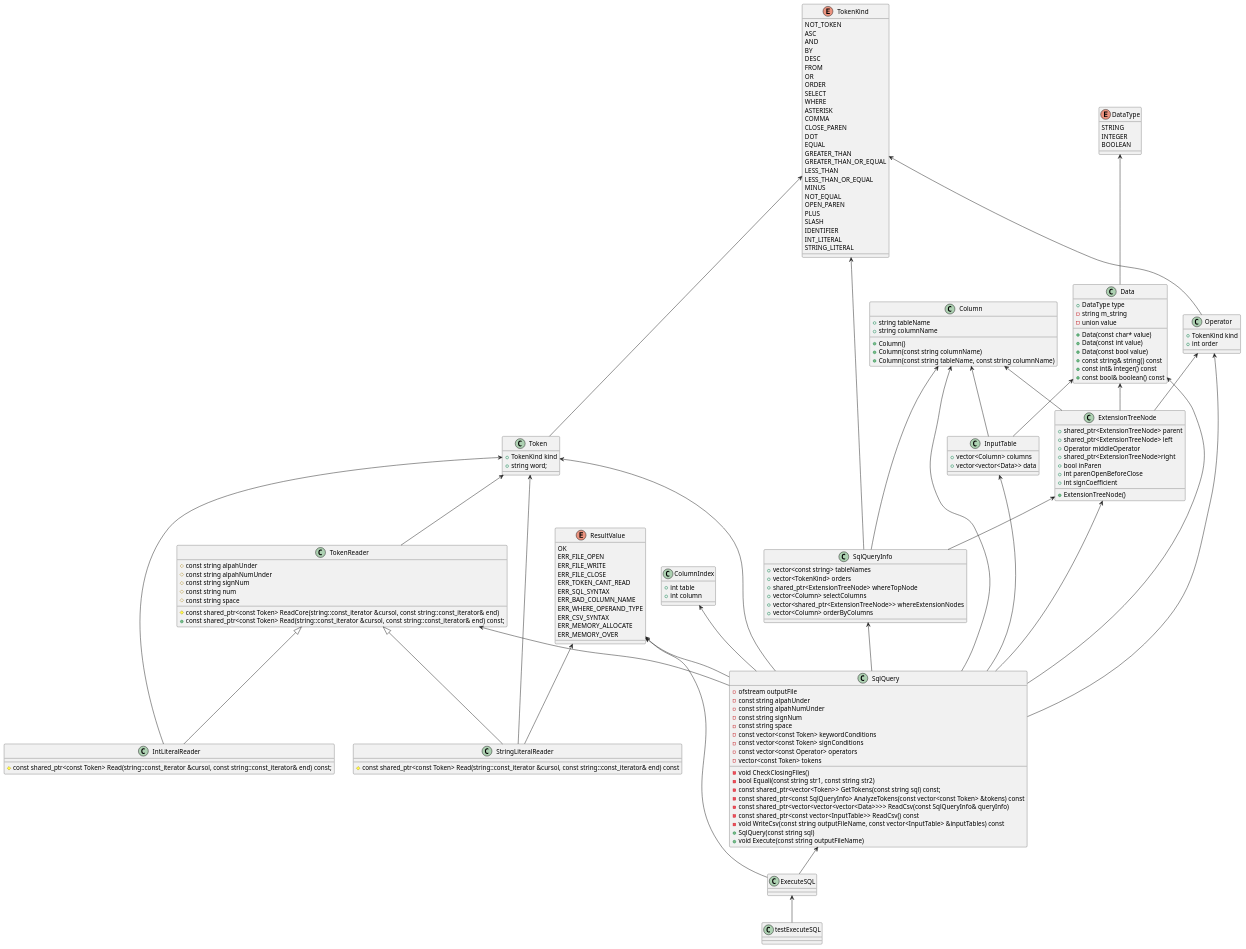
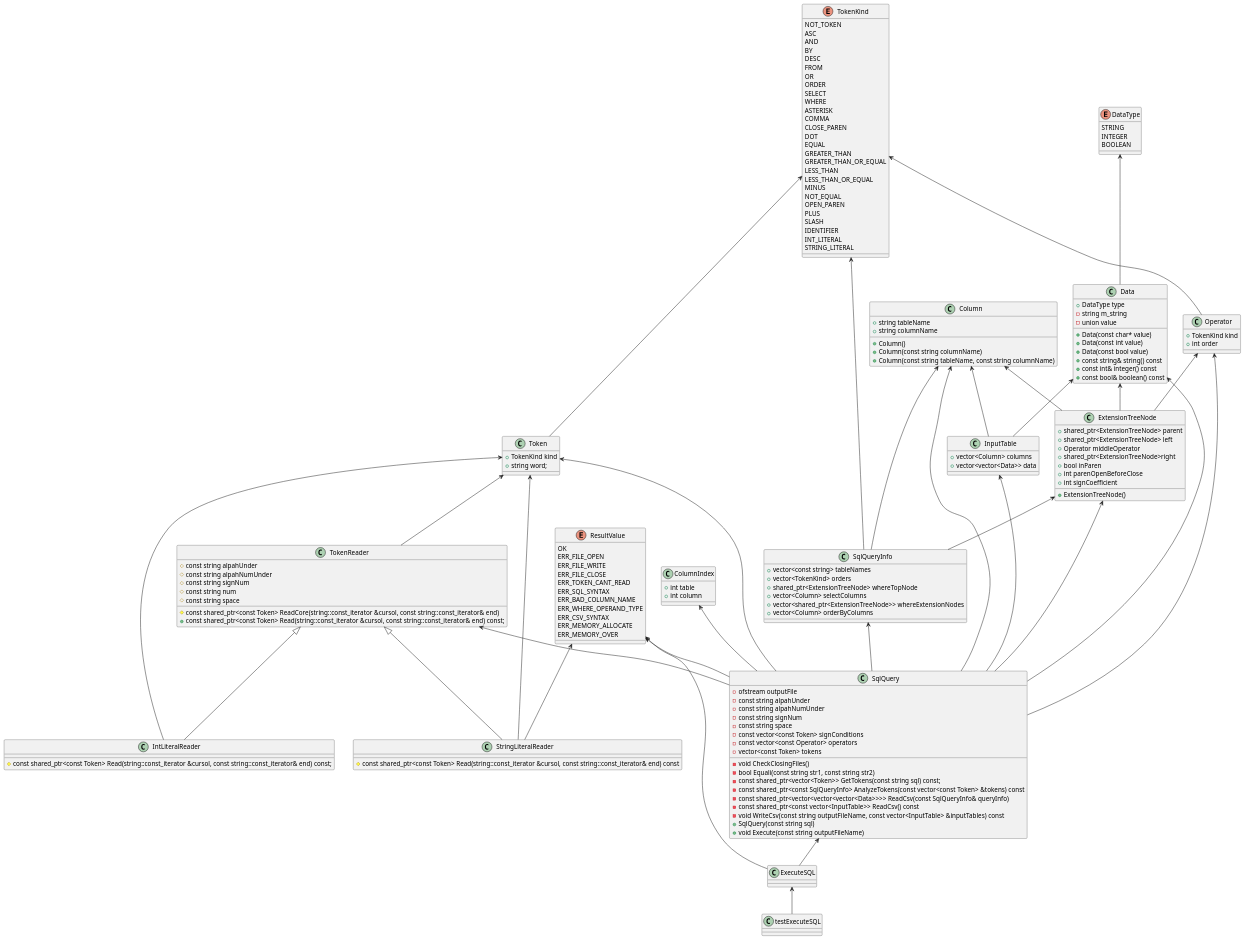
The diagram in ExecuteSQL.pu (yotten/TinySQL), drawn with PlantUML before and after one commit. The commit also changed 4 other files, not shown here.

```diff
--- a/ExecuteSQL.pu
+++ b/ExecuteSQL.pu
@@ -1,183 +1,182 @@
 @startuml
 
 class testExecuteSQL {}
 class SqlQueryInfo {
 	+vector<const string> tableNames
 	+vector<TokenKind> orders
 	+shared_ptr<ExtensionTreeNode> whereTopNode
 	+vector<Column> selectColumns
 	+vector<shared_ptr<ExtensionTreeNode>> whereExtensionNodes
 	+vector<Column> orderByColumns
 }
 class SqlQuery {
 	-ofstream outputFile
 	-const string alpahUnder
 	-const string alpahNumUnder
 	-const string signNum
 	-const string space
-	-const vector<const Token> keywordConditions
 	-const vector<const Token> signConditions
 	-const vector<const Operator> operators
 	-vector<const Token> tokens
 	-void CheckClosingFiles()
 	-bool Equali(const string str1, const string str2)
 	-const shared_ptr<vector<Token>> GetTokens(const string sql) const;
 	-const shared_ptr<const SqlQueryInfo> AnalyzeTokens(const vector<const Token> &tokens) const
 	-const shared_ptr<vector<vector<vector<Data>>>> ReadCsv(const SqlQueryInfo& queryInfo)
 	-const shared_ptr<const vector<InputTable>> ReadCsv() const
 	-void WriteCsv(const string outputFileName, const vector<InputTable> &inputTables) const
 	+SqlQuery(const string sql)
 	+void Execute(const string outputFileName)
 }
 class ExecuteSQL {
 	
 }
 
 class InputTable {
 	+vector<Column> columns
 	+vector<vector<Data>> data
 }
 
 class Data {
     +DataType type
 	-string m_string
 	-union value
 	+Data(const char* value)
 	+Data(const int value)
 	+Data(const bool value)
 	+const string& string() const
 	+const int& integer() const
 	+const bool& boolean() const
 }
 class Operator{
     +TokenKind kind
     +int order
 }
 class Token{
     +TokenKind kind
     +string word;
 }
 class ExtensionTreeNode{
 	+shared_ptr<ExtensionTreeNode> parent
 	+shared_ptr<ExtensionTreeNode> left
 	+Operator middleOperator
 	+shared_ptr<ExtensionTreeNode>right
 	+bool inParen
 	+int parenOpenBeforeClose
 	+int signCoefficient
 	+ExtensionTreeNode()
 }
 class ColumnIndex{
     +int table
     +int column
 }
 class Column{
     +string tableName
     +string columnName
     +Column()
     +Column(const string columnName)
     +Column(const string tableName, const string columnName)
 }
 class IntLiteralReader {
 	#const shared_ptr<const Token> Read(string::const_iterator &cursol, const string::const_iterator& end) const;
 }
 class StringLiteralReader {
 	#const shared_ptr<const Token> Read(string::const_iterator &cursol, const string::const_iterator& end) const
 }
 class TokenReader {
     #const string alpahUnder
 	#const string alpahNumUnder
 	#const string signNum
 	#const string num
 	#const string space
 	#const shared_ptr<const Token> ReadCore(string::const_iterator &cursol, const string::const_iterator& end)
 	+const shared_ptr<const Token> Read(string::const_iterator &cursol, const string::const_iterator& end) const;
 }
 
 enum DataType{
    	STRING
 	INTEGER
 	BOOLEAN
 }
 enum TokenKind{
     NOT_TOKEN
 	ASC
 	AND
 	BY
 	DESC
 	FROM
 	OR
 	ORDER
 	SELECT
 	WHERE
 	ASTERISK
 	COMMA
 	CLOSE_PAREN
 	DOT
 	EQUAL
 	GREATER_THAN
 	GREATER_THAN_OR_EQUAL
 	LESS_THAN
 	LESS_THAN_OR_EQUAL
 	MINUS
 	NOT_EQUAL
 	OPEN_PAREN
 	PLUS
 	SLASH
 	IDENTIFIER
 	INT_LITERAL
 	STRING_LITERAL
 }
 enum ResultValue{
     OK
 	ERR_FILE_OPEN
 	ERR_FILE_WRITE
 	ERR_FILE_CLOSE
 	ERR_TOKEN_CANT_READ
 	ERR_SQL_SYNTAX
 	ERR_BAD_COLUMN_NAME
 	ERR_WHERE_OPERAND_TYPE
 	ERR_CSV_SYNTAX
 	ERR_MEMORY_ALLOCATE
 	ERR_MEMORY_OVER
 }
 
 ExecuteSQL <-- testExecuteSQL
 SqlQuery <-- ExecuteSQL
 ResultValue <-- ExecuteSQL
 
 Data <-- SqlQuery
 Operator <-- SqlQuery
 Token <-- SqlQuery
 ExtensionTreeNode <-- SqlQuery
 ColumnIndex <-- SqlQuery
 Column <-- SqlQuery
 ResultValue <-- SqlQuery
 SqlQueryInfo <-- SqlQuery
 InputTable <-- SqlQuery
 'IntLiteralReader <-- SqlQuery
 'StringLiteralReader <-- SqlQuery
 TokenReader <-- SqlQuery
 
 Token <-- IntLiteralReader
 Token <-- StringLiteralReader
 Token <-- TokenReader
 ResultValue <-- StringLiteralReader
 
 TokenReader <|-- IntLiteralReader
 TokenReader <|-- StringLiteralReader
 
 Column <-- InputTable
 Data <-- InputTable
 
 Column <-- SqlQueryInfo
 TokenKind <-- SqlQueryInfo
 ExtensionTreeNode <-- SqlQueryInfo
 
 DataType <-- Data
 TokenKind <-- Token
 TokenKind <-- Operator
 Operator <-- ExtensionTreeNode
 Column <-- ExtensionTreeNode
 Data <-- ExtensionTreeNode
 @enduml
```
